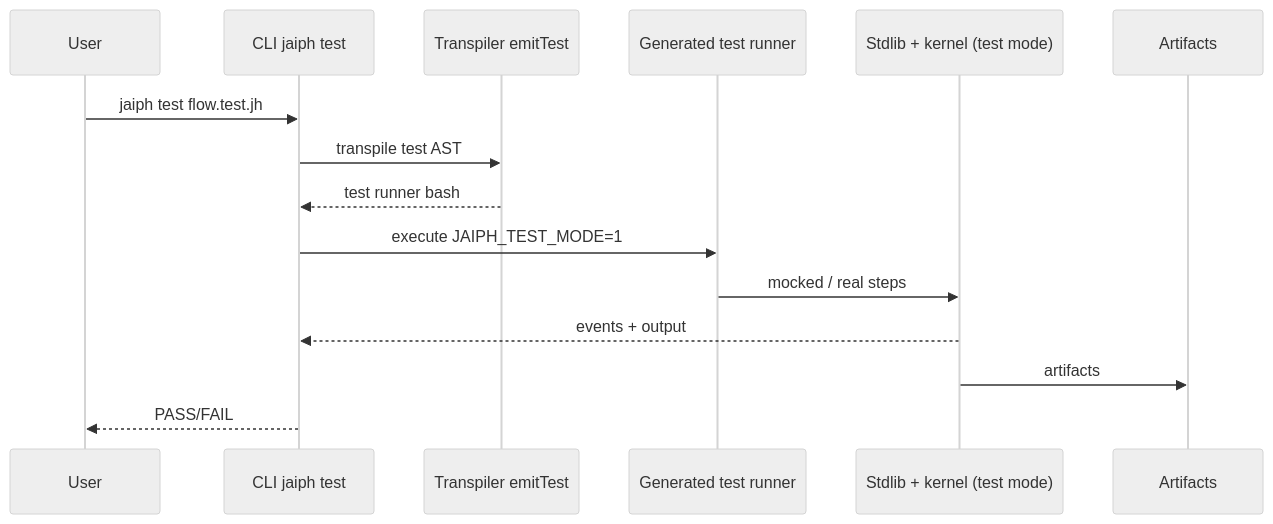
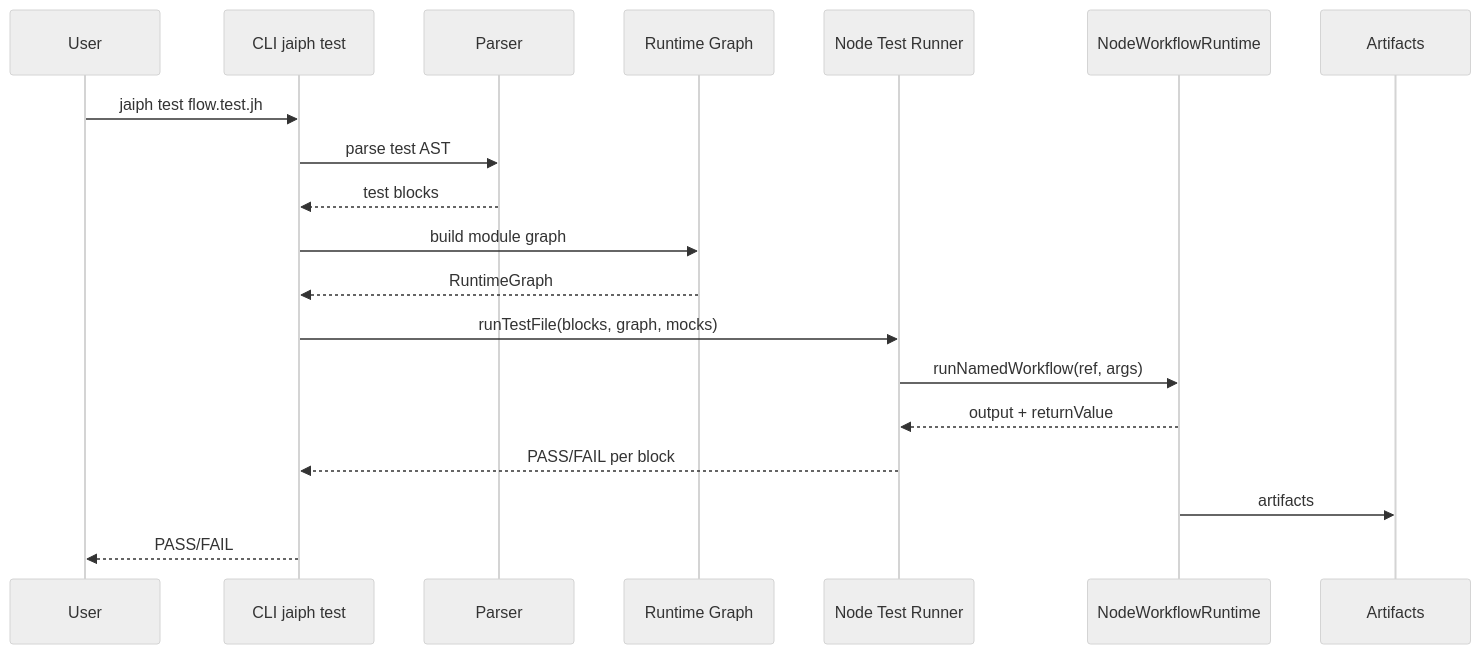
One commit to jaiphlang/jaiph changed the third of 3 diagrams in ARCHITECTURE.md. Above: the diagram before and after it, drawn with Mermaid (neutral theme). The commit also changed other lines of this file and 27 other files, not shown here.

First line of the commit message:
Feat: Add Node-native test runner and remove Bash test transpilation

````diff
--- a/ARCHITECTURE.md
+++ b/ARCHITECTURE.md
@@ -158,18 +161,22 @@
 ```mermaid
 sequenceDiagram
     participant User
     participant CLI as CLI jaiph test
-    participant Transpiler as Transpiler emitTest
-    participant TestBash as Generated test runner
-    participant Runtime as Stdlib + kernel (test mode)
+    participant Parser as Parser
+    participant Graph as Runtime Graph
+    participant TestRunner as Node Test Runner
+    participant Runtime as NodeWorkflowRuntime
     participant Report as Artifacts
 
     User->>CLI: jaiph test flow.test.jh
-    CLI->>Transpiler: transpile test AST
-    Transpiler-->>CLI: test runner bash
-    CLI->>TestBash: execute JAIPH_TEST_MODE=1
-    TestBash->>Runtime: mocked / real steps
-    Runtime-->>CLI: events + output
+    CLI->>Parser: parse test AST
+    Parser-->>CLI: test blocks
+    CLI->>Graph: build module graph
+    Graph-->>CLI: RuntimeGraph
+    CLI->>TestRunner: runTestFile(blocks, graph, mocks)
+    TestRunner->>Runtime: runNamedWorkflow(ref, args)
+    Runtime-->>TestRunner: output + returnValue
+    TestRunner-->>CLI: PASS/FAIL per block
     Runtime->>Report: artifacts
     CLI-->>User: PASS/FAIL
 ```
````
